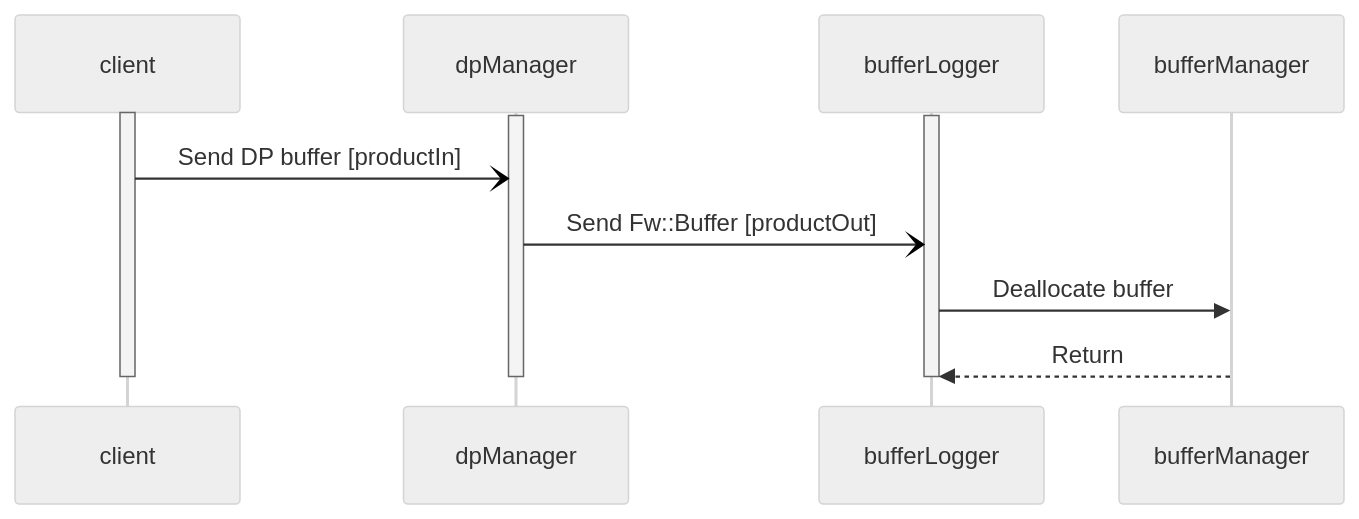
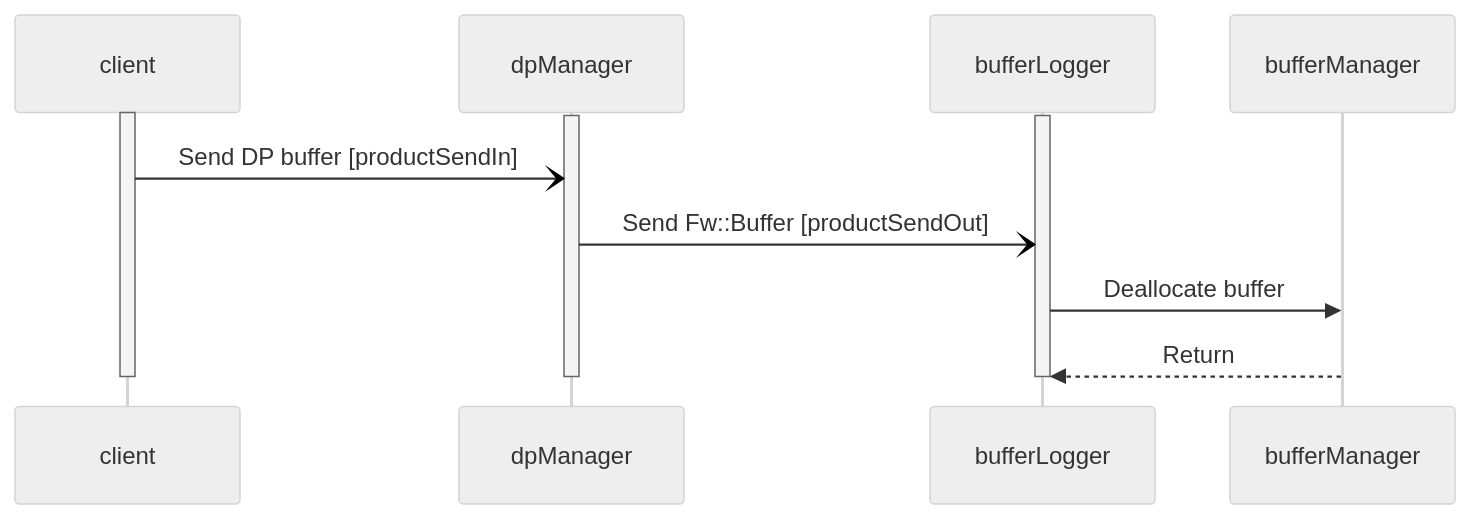
One commit to bocchino/fprime changed the second of 2 diagrams in Svc/DpManager/docs/sdd.md. Above: the diagram before and after it, drawn with Mermaid (neutral theme). The commit also changed other lines of this file and 6 other files, not shown here.

````diff
--- a/Svc/DpManager/docs/sdd.md
+++ b/Svc/DpManager/docs/sdd.md
@@ -160,13 +160,13 @@
 ```mermaid
 sequenceDiagram
     activate client
     activate dpManager
     activate bufferLogger
-    client-)dpManager: Send DP buffer [productIn]
-    dpManager-)bufferLogger: Send Fw::Buffer [productOut]
+    client-)dpManager: Send DP buffer [productSendIn]
+    dpManager-)bufferLogger: Send Fw::Buffer [productSendOut]
     bufferLogger->>bufferManager: Deallocate buffer
     bufferManager-->>bufferLogger: Return
     deactivate bufferLogger
     deactivate dpManager
     deactivate client
 ```
````
